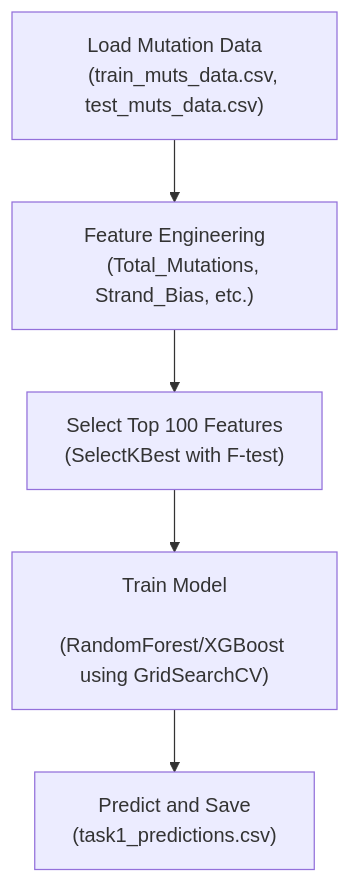
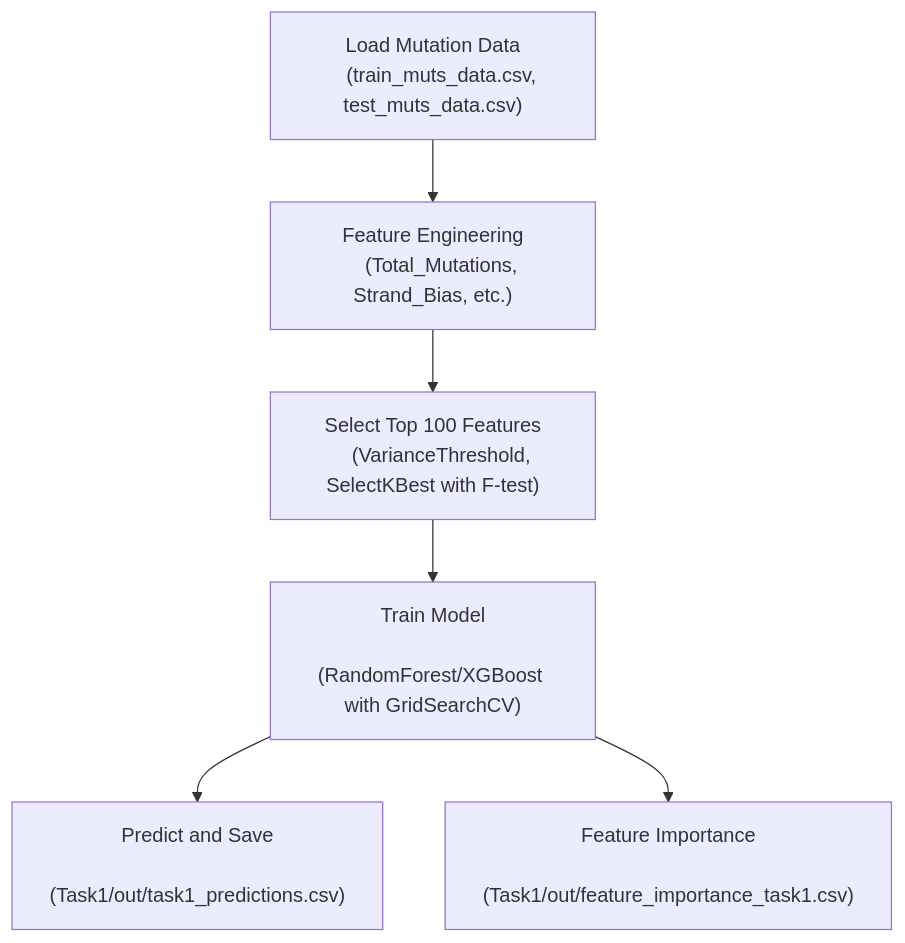
One commit to 0PeterAdel/Computational-Genomics changed the first of 2 diagrams in Report.md. Above: the diagram before and after it, drawn with Mermaid. The commit also changed other lines of this file and 24 other files, not shown here.

````diff
--- a/Report.md
+++ b/Report.md
@@ -61,12 +63,14 @@
 ```mermaid
 graph TD
     A["Load Mutation Data
     (train_muts_data.csv, test_muts_data.csv)"] --> B["Feature Engineering
     (Total_Mutations, Strand_Bias, etc.)"]
     B --> C["Select Top 100 Features
-    (SelectKBest with F-test)"]
+    (VarianceThreshold, SelectKBest with F-test)"]
     C --> D["Train Model
-    (RandomForest/XGBoost using GridSearchCV)"]
+    (RandomForest/XGBoost with GridSearchCV)"]
     D --> E["Predict and Save
-    (task1_predictions.csv)"]
+    (Task1/out/task1_predictions.csv)"]
+    D --> F["Feature Importance
+    (Task1/out/feature_importance_task1.csv)"]
 ```
````
